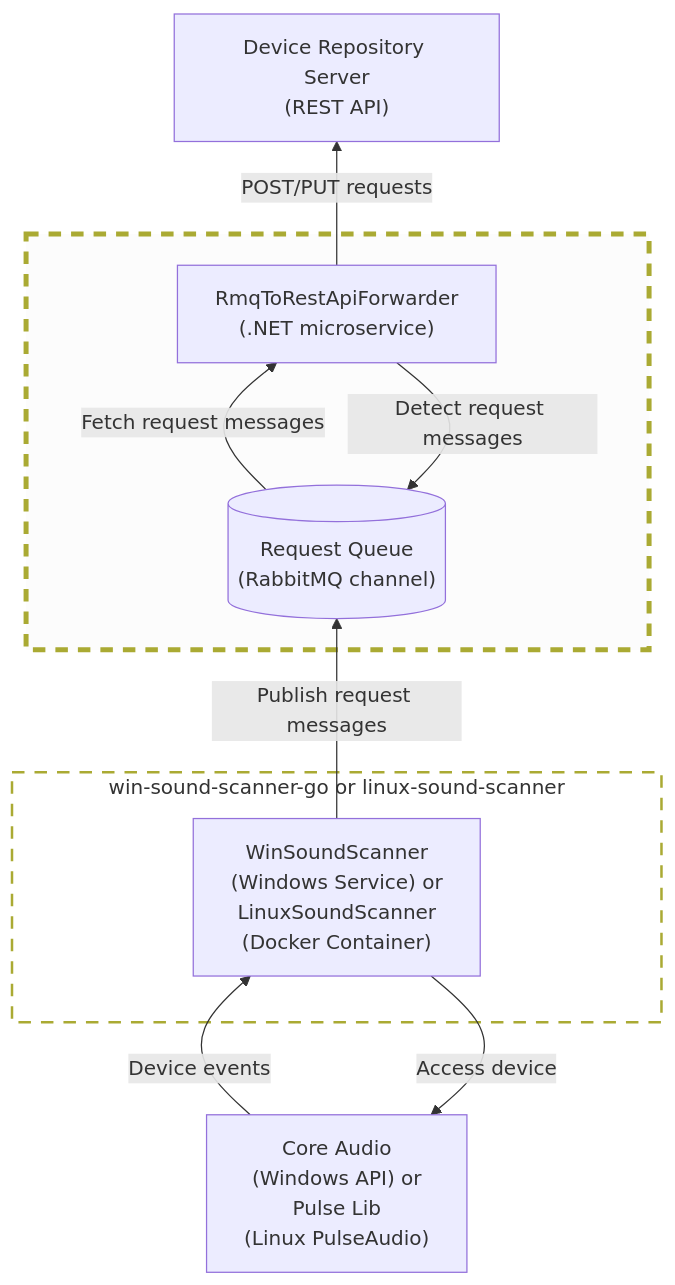
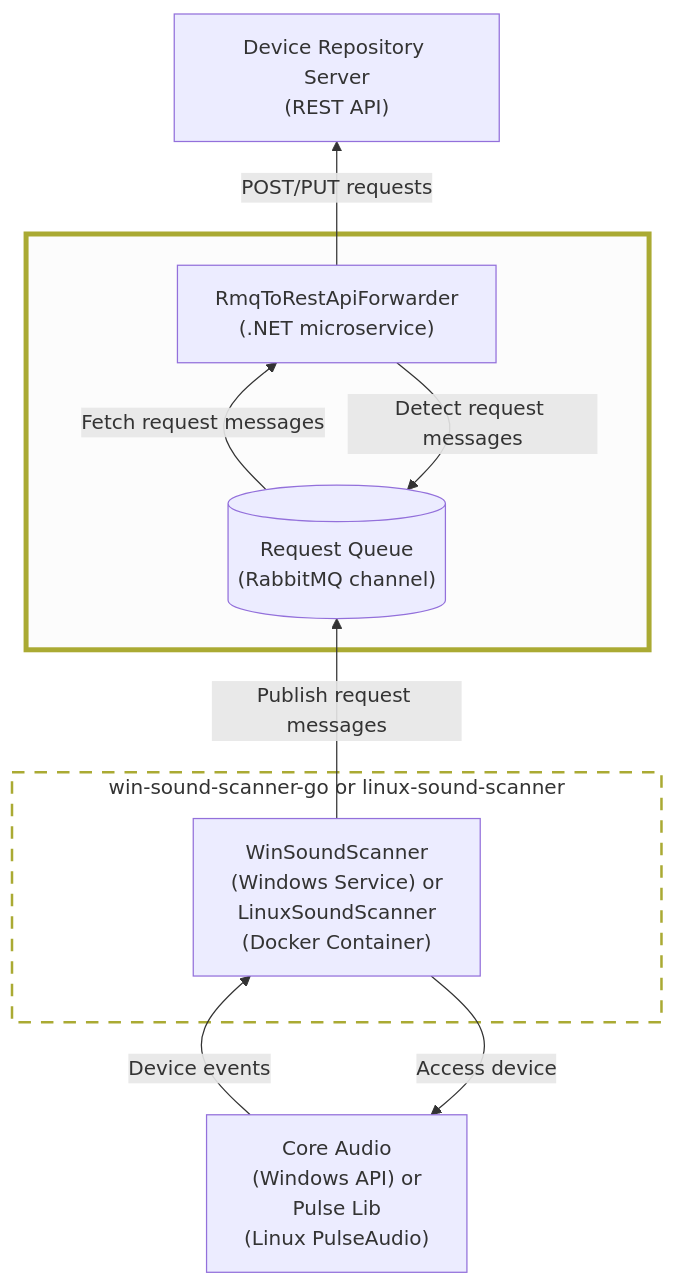
The first of 2 diagrams in README.md (collect-sound-devices/rmq-to-rest-api-forwarder), drawn with Mermaid before and after one commit.

Commit message:
Fix formatting in stressedBox class definition
Removed unnecessary space in stressedBox class definition.

````diff
--- a/README.md
+++ b/README.md
@@ -13,35 +13,35 @@
 ```mermaid
 flowchart BT
 
 classDef dottedBox fill:transparent, fill-opacity:0.55, stroke-dasharray:10 8, stroke-width:2px;
-classDef stressedBox fill:#f0f0f0, fill-opacity:0.2, stroke-dasharray:10 8, stroke-width:4px;
+classDef stressedBox fill:#f0f0f0,fill-opacity:0.2,stroke-width:4px;
 classDef invisibleNode fill:transparent, stroke:transparent;
 
 coreAudioApi["Core Audio<br>(Windows API) or<br>Pulse Lib<br>(Linux PulseAudio)"]
 
 subgraph scannerService["win-sound-scanner-go or linux-sound-scanner"]
     invisible1["<br><br><br><br><br>"]
     class invisible1 invisibleNode
     winSoundScannerService["WinSoundScanner<br>(Windows Service) or<br>LinuxSoundScanner<br>(Docker Container)"]
     invisible2["<br><br><br><br><br>"]
     class invisible2 invisibleNode
 end
 class scannerService dottedBox
 
 subgraph requestQueueMicroservice["<br>"]
     requestQueue[("Request Queue<br>(RabbitMQ channel)")]
     rabbitMqRestForwarder["RmqToRestApiForwarder<br>(.NET microservice)"]
 end
 class requestQueueMicroservice stressedBox
 
 deviceRepositoryApi["Device Repository Server<br>(REST API)"]
 
 winSoundScannerService --> |Access device| coreAudioApi
 coreAudioApi -->|Device events| winSoundScannerService
 
 winSoundScannerService -->|Publish request messages| requestQueue
 
 requestQueue -->|Fetch request messages| rabbitMqRestForwarder
 rabbitMqRestForwarder --> |Detect request messages| requestQueue
 rabbitMqRestForwarder -->|POST/PUT requests| deviceRepositoryApi
 ```
````
